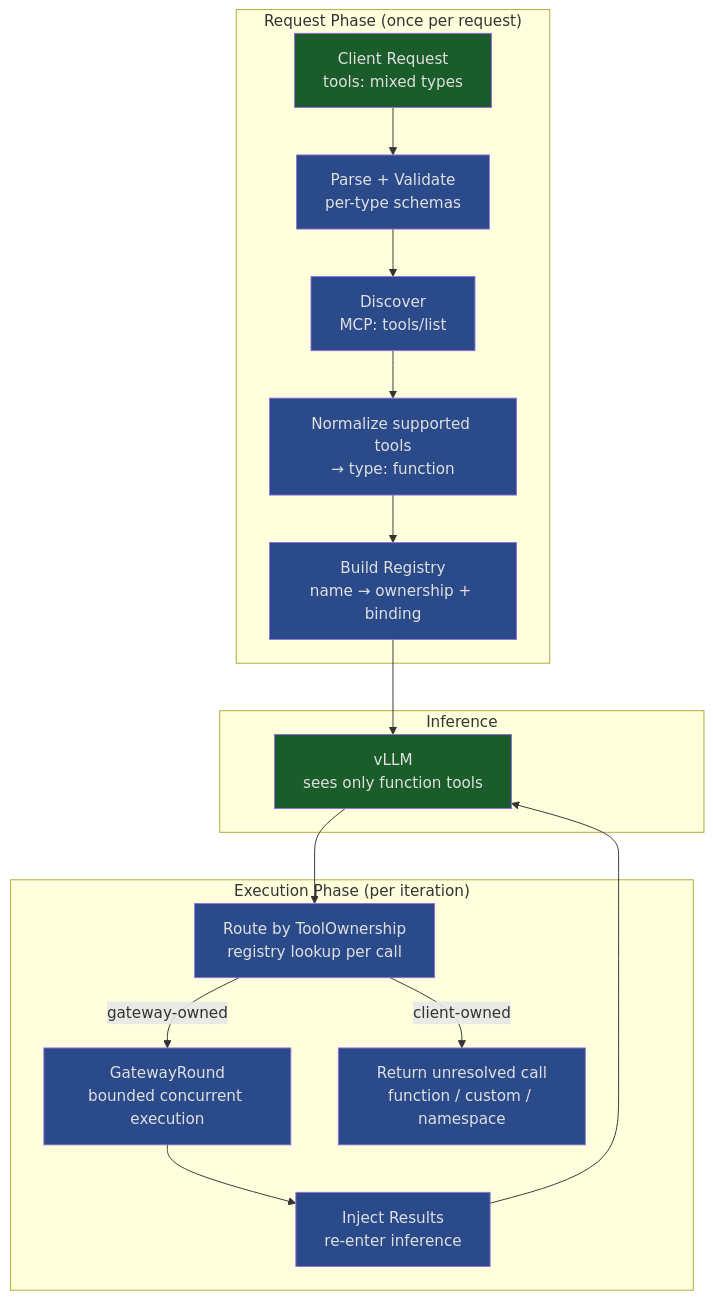
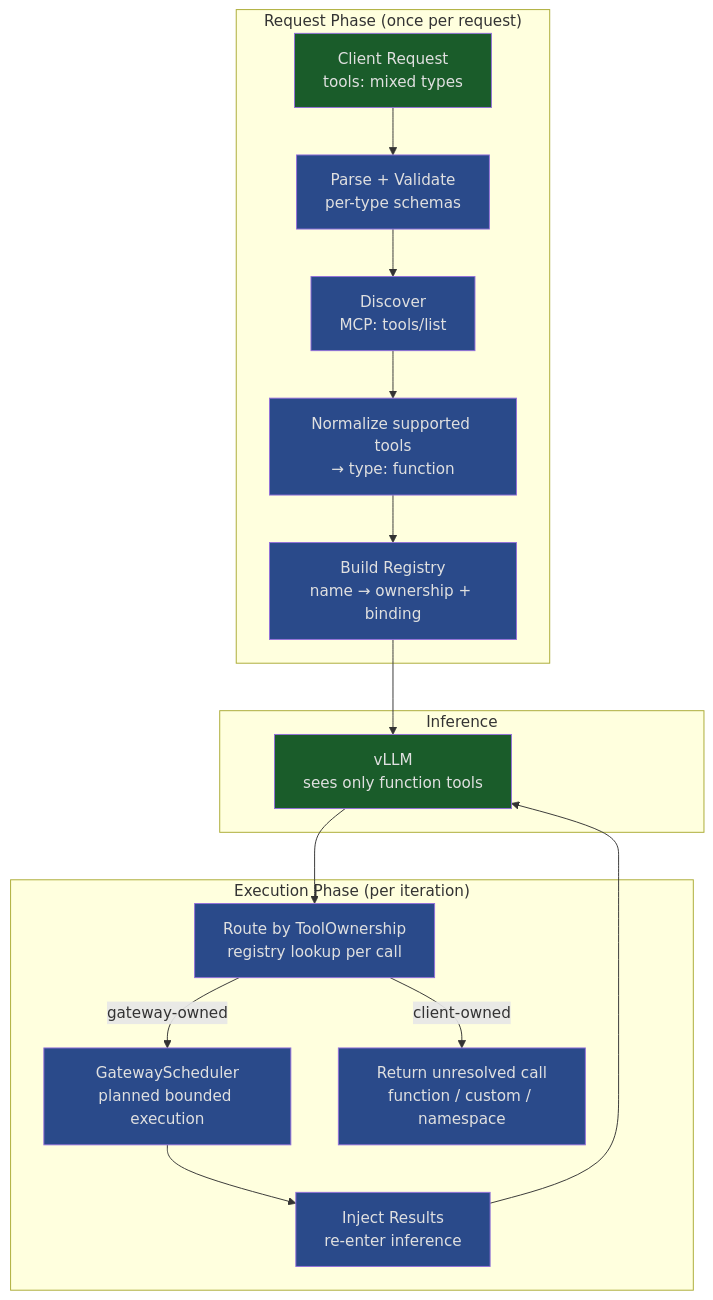
Before and after one commit to EmbeddedLLM/agentic-api: the first of 2 diagrams in docs/design/tool-framework.md, drawn with Mermaid. The commit also changed other lines of this file and 20 other files, not shown here.

Commit message:
add typed gateway tool execution scheduler

````diff
--- a/docs/design/tool-framework.md
+++ b/docs/design/tool-framework.md
@@ -37,39 +37,39 @@
 ```mermaid
 graph TD
     subgraph "Request Phase (once per request)"
         REQ["Client Request<br>tools: mixed types"]
         PARSE["Parse + Validate<br>per-type schemas"]
         DISC["Discover<br>MCP: tools/list"]
         NORM["Normalize supported tools<br>→ type: function"]
         REG["Build Registry<br>name → ownership + binding"]
     end
 
     subgraph "Inference"
         VLLM["vLLM<br>sees only function tools"]
     end
 
     subgraph "Execution Phase (per iteration)"
         ROUTE["Route by ToolOwnership<br>registry lookup per call"]
-        EXEC_GW["GatewayRound<br>bounded concurrent execution"]
+        EXEC_GW["GatewayScheduler<br>planned bounded execution"]
         PASS["Return unresolved call<br>function / custom / namespace"]
         LOOP["Inject Results<br>re-enter inference"]
     end
 
     REQ --> PARSE --> DISC --> NORM --> REG
     REG --> VLLM
     VLLM --> ROUTE
     ROUTE -->|gateway-owned| EXEC_GW
     ROUTE -->|client-owned| PASS
     EXEC_GW --> LOOP --> VLLM
 
     style REQ fill:#1a5c2a,color:#e0e0e0
     style VLLM fill:#1a5c2a,color:#e0e0e0
     style PARSE fill:#2a4a8a,color:#e0e0e0
     style DISC fill:#2a4a8a,color:#e0e0e0
     style NORM fill:#2a4a8a,color:#e0e0e0
     style REG fill:#2a4a8a,color:#e0e0e0
     style ROUTE fill:#2a4a8a,color:#e0e0e0
     style EXEC_GW fill:#2a4a8a,color:#e0e0e0
     style PASS fill:#2a4a8a,color:#e0e0e0
     style LOOP fill:#2a4a8a,color:#e0e0e0
 ```
````
